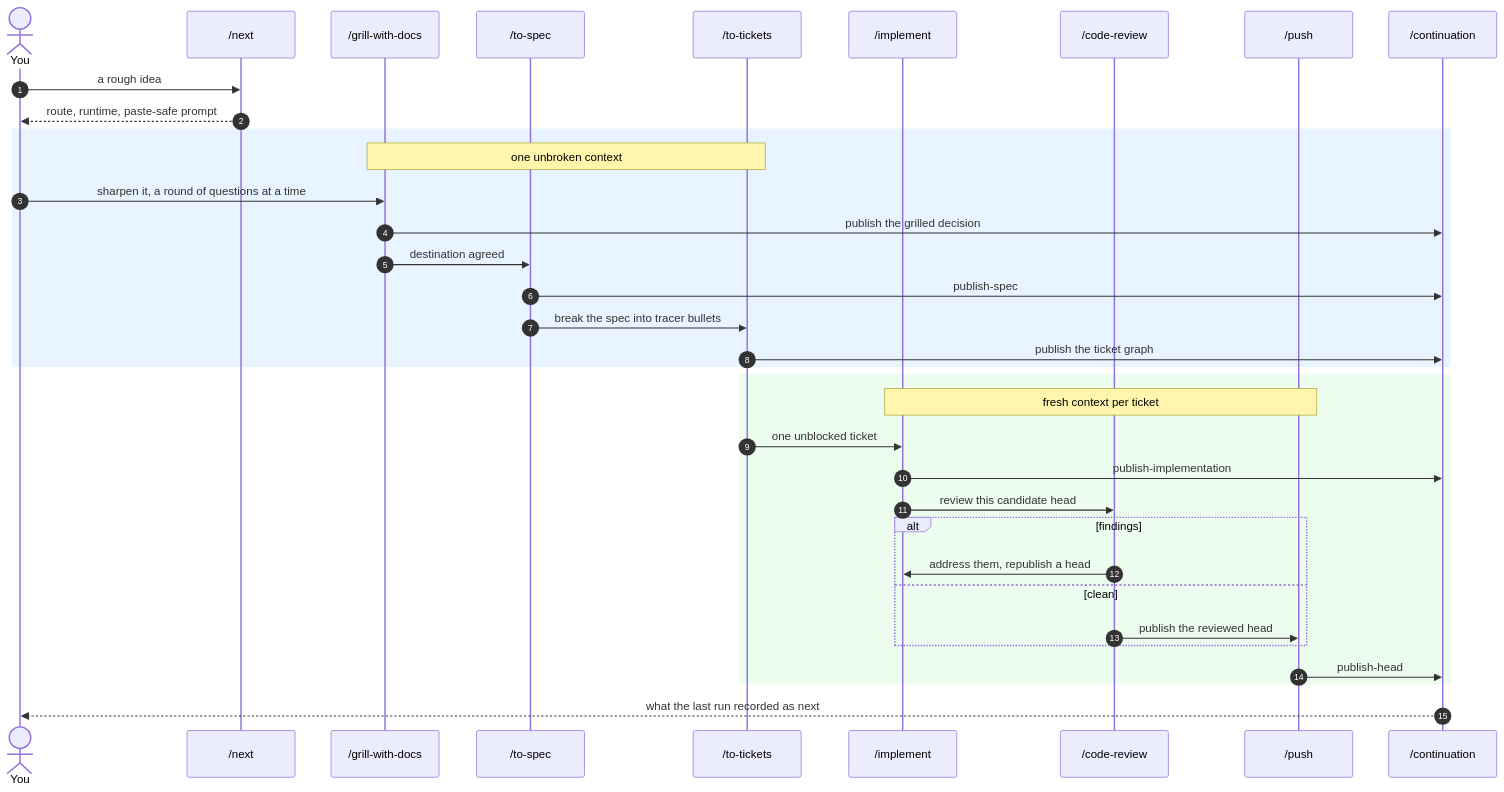
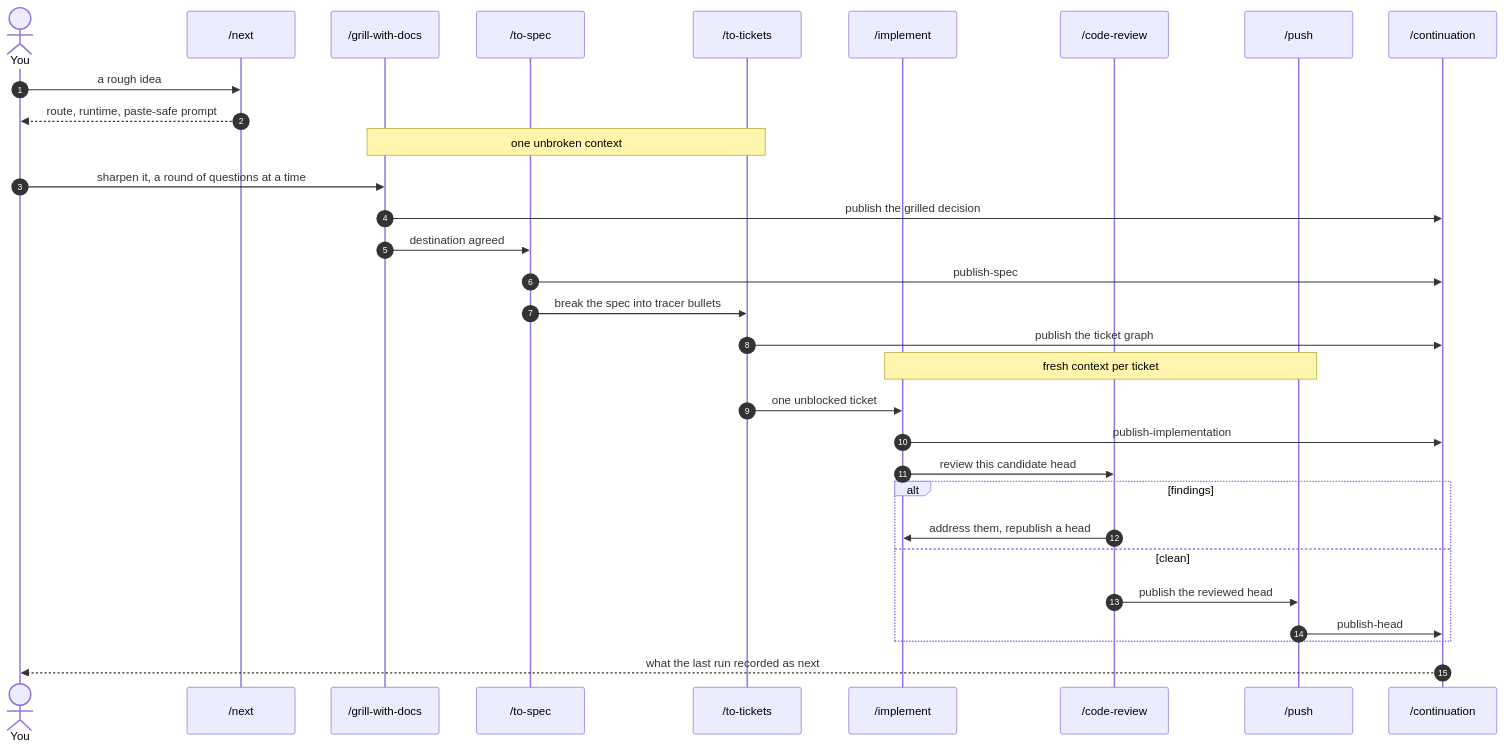
Before and after one commit to bradcstevens/git-loopy-skills: the second of 12 diagrams in docs/skill-connections.md, drawn with Mermaid. The commit also changed other lines of this file and 35 other files, not shown here.

````diff
--- a/docs/skill-connections.md
+++ b/docs/skill-connections.md
@@ -128,41 +128,38 @@
 ```mermaid
 sequenceDiagram
     autonumber
     actor U as You
     participant NX as /next
     participant GD as /grill-with-docs
     participant TS as /to-spec
     participant TT as /to-tickets
     participant IM as /implement
     participant CR as /code-review
     participant PU as /push
     participant CN as /continuation
 
     U->>NX: a rough idea
     NX-->>U: route, runtime, paste-safe prompt
 
-    rect rgb(232, 244, 255)
     Note over GD,TT: one unbroken context
     U->>GD: sharpen it, a round of questions at a time
     GD->>CN: publish the grilled decision
     GD->>TS: destination agreed
     TS->>CN: publish-spec
     TS->>TT: break the spec into tracer bullets
     TT->>CN: publish the ticket graph
-    end
-
-    rect rgb(236, 253, 240)
+    
     Note over IM,PU: fresh context per ticket
     TT->>IM: one unblocked ticket
     IM->>CN: publish-implementation
     IM->>CR: review this candidate head
     alt findings
         CR->>IM: address them, republish a head
     else clean
         CR->>PU: publish the reviewed head
-    end
+
     PU->>CN: publish-head
     end
 
     CN-->>U: what the last run recorded as next
 ```
````
